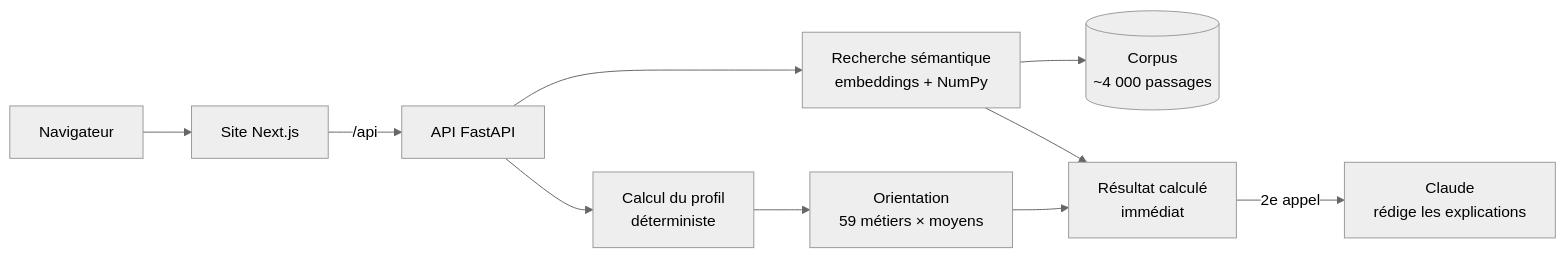
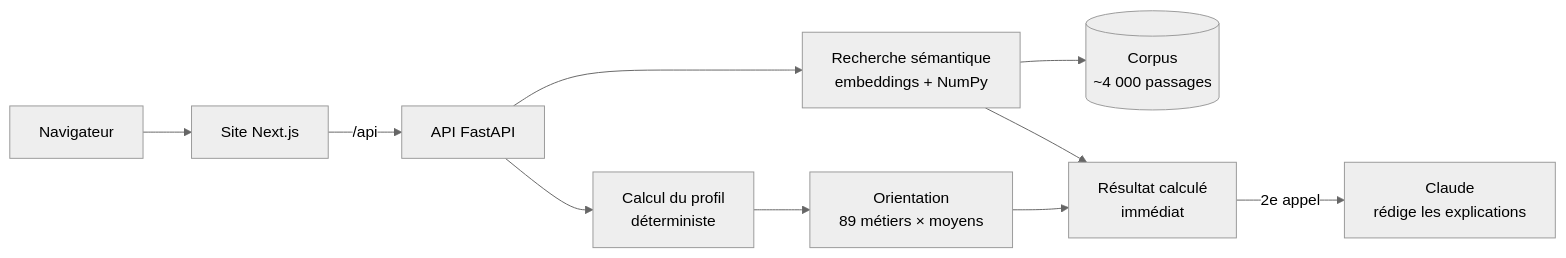
Before and after one commit to taounisami-netizen/philo-metier: the diagram in README.md, drawn with Mermaid (neutral theme). The commit also changed other lines of this file and 12 other files, not shown here.

````diff
--- a/README.md
+++ b/README.md
@@ -26,12 +26,12 @@
 ```mermaid
 flowchart LR
     U[Navigateur] --> N[Site Next.js]
     N -->|/api| F[API FastAPI]
     F --> S[Calcul du profil<br/>déterministe]
-    S --> O[Orientation<br/>59 métiers × moyens]
+    S --> O[Orientation<br/>89 métiers × moyens]
     F --> R[Recherche sémantique<br/>embeddings + NumPy]
     R --> C[(Corpus<br/>~4 000 passages)]
     O --> X[Résultat calculé<br/>immédiat]
     R --> X
     X -->|2e appel| L[Claude<br/>rédige les explications]
 ```
````
